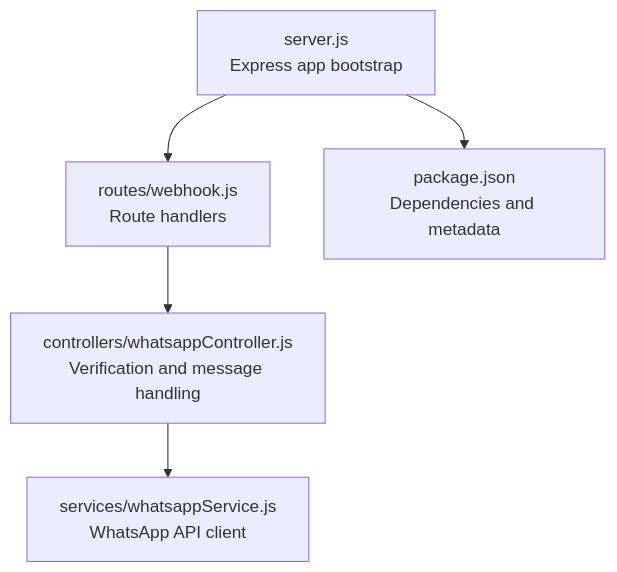
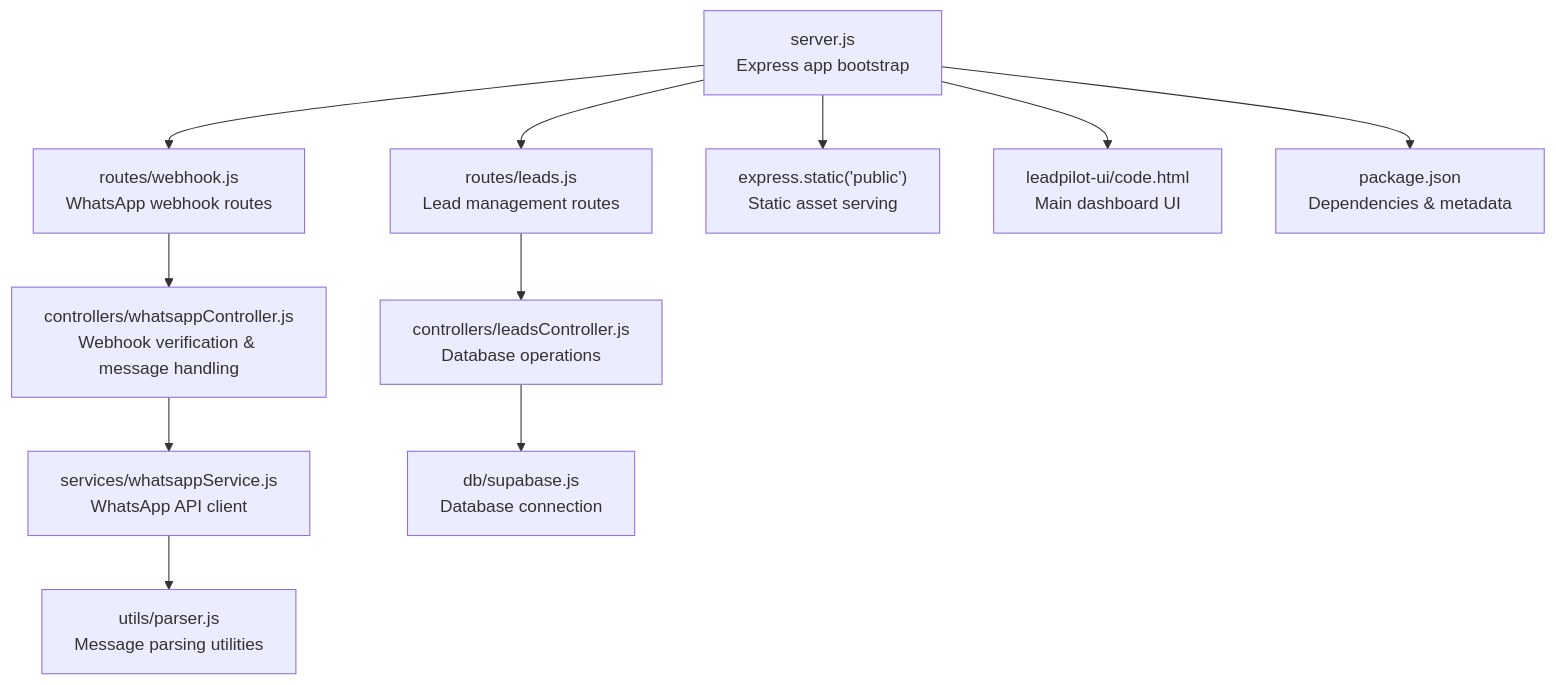
Before and after one commit to hariom-wdsadhunik/SaaS-Project: the first of 2 diagrams in .qoder/repowiki/en/content/Deployment & Operations.md, drawn with Mermaid. The commit also changed other lines of this file and 13 other files, not shown here.

First line of the commit message:
feat(api): integrate lead management and real-time dashboard UI

````diff
--- a/.qoder/repowiki/en/content/Deployment & Operations.md
+++ b/.qoder/repowiki/en/content/Deployment & Operations.md
@@ -39,7 +54,13 @@
 ```mermaid
 graph TB
-A["server.js<br/>Express app bootstrap"] --> B["routes/webhook.js<br/>Route handlers"]
-B --> C["controllers/whatsappController.js<br/>Verification and message handling"]
-C --> D["services/whatsappService.js<br/>WhatsApp API client"]
-A --> E["package.json<br/>Dependencies and metadata"]
+A["server.js<br/>Express app bootstrap"] --> B["routes/webhook.js<br/>WhatsApp webhook routes"]
+A --> C["routes/leads.js<br/>Lead management routes"]
+A --> D["express.static('public')<br/>Static asset serving"]
+A --> E["leadpilot-ui/code.html<br/>Main dashboard UI"]
+B --> F["controllers/whatsappController.js<br/>Webhook verification & message handling"]
+C --> G["controllers/leadsController.js<br/>Database operations"]
+F --> H["services/whatsappService.js<br/>WhatsApp API client"]
+G --> I["db/supabase.js<br/>Database connection"]
+H --> J["utils/parser.js<br/>Message parsing utilities"]
+A --> K["package.json<br/>Dependencies & metadata"]
 ```
````
